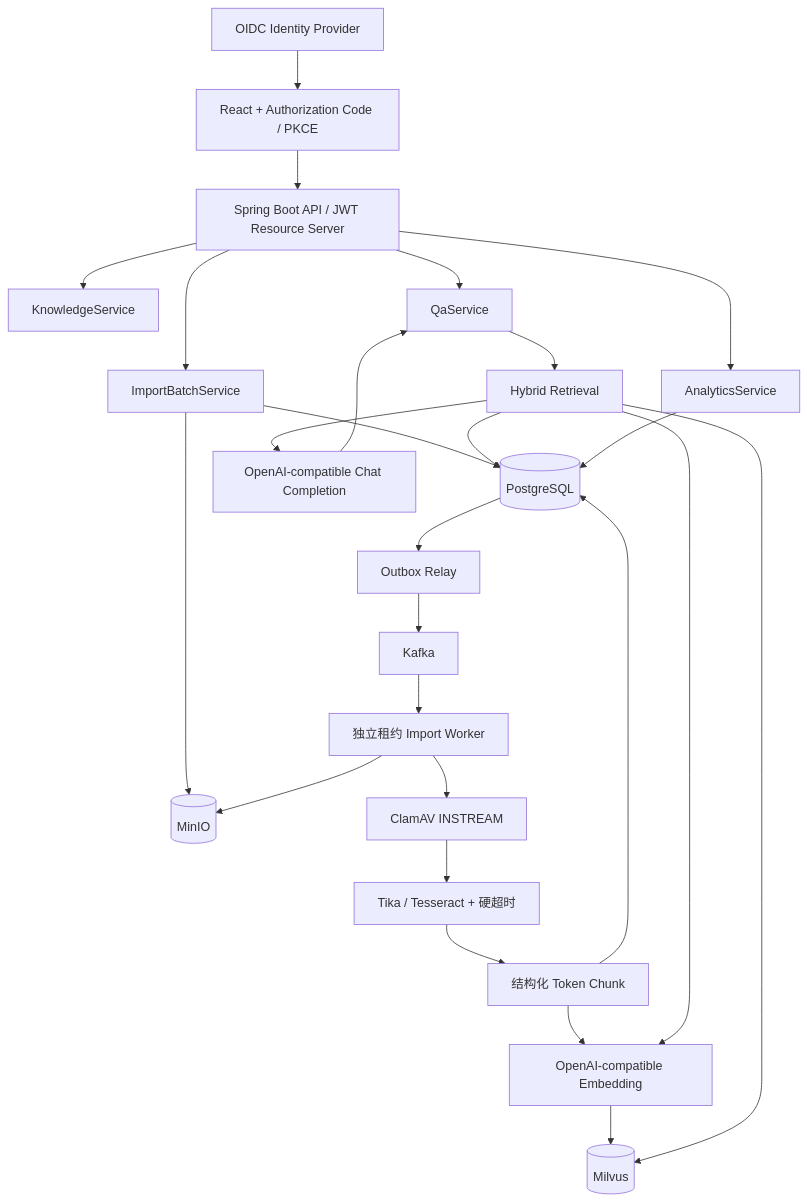
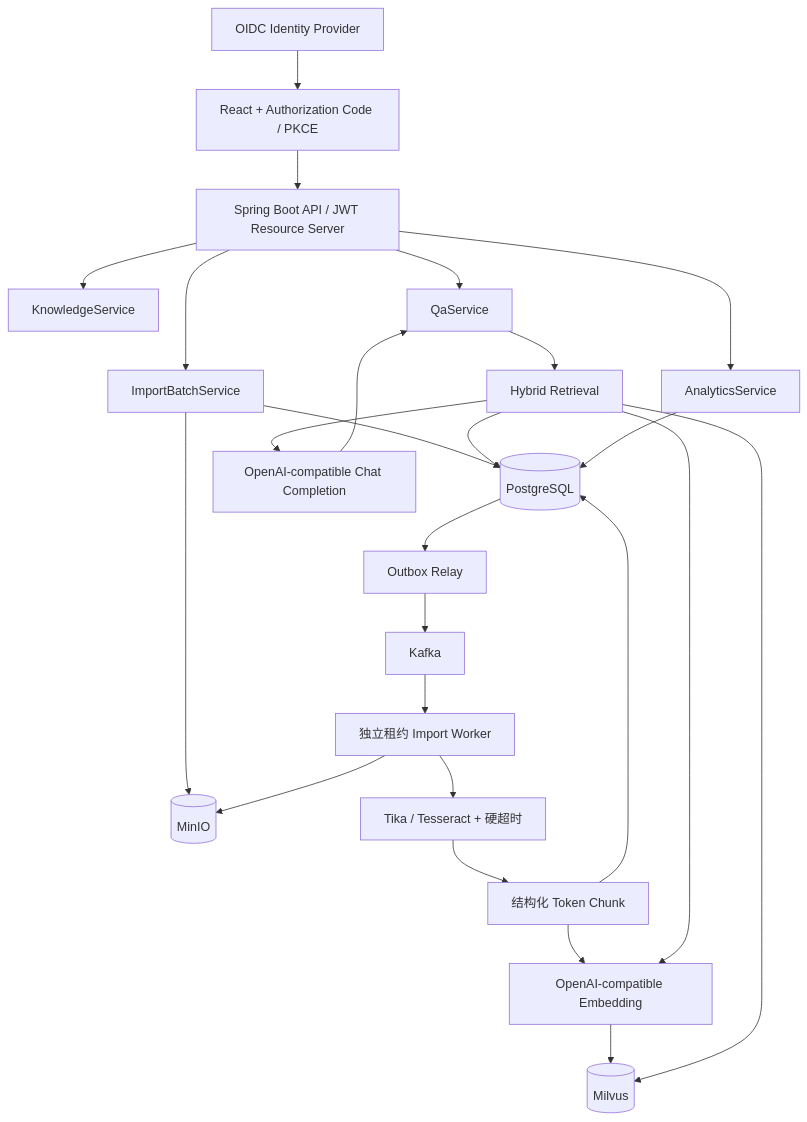
The first of 2 diagrams in docs/ARCHITECTURE.md (bingo-wz/MyRAG), drawn with Mermaid before and after one commit. The commit also changed other lines of this file and 24 other files, not shown here.

````diff
--- a/docs/ARCHITECTURE.md
+++ b/docs/ARCHITECTURE.md
@@ -5,30 +5,29 @@
 ```mermaid
 flowchart TB
     OIDC["OIDC Identity Provider"] --> UI["React + Authorization Code / PKCE"]
     UI --> API["Spring Boot API / JWT Resource Server"]
     API --> KM["KnowledgeService"]
     API --> IM["ImportBatchService"]
     API --> QA["QaService"]
     API --> AN["AnalyticsService"]
 
     IM --> MINIO[("MinIO")]
     IM --> PG[("PostgreSQL")]
     PG --> OUTBOX["Outbox Relay"]
     OUTBOX --> KAFKA["Kafka"]
     KAFKA --> LEASE["独立租约 Import Worker"]
     LEASE --> MINIO
-    LEASE --> AV["ClamAV INSTREAM"]
-    AV --> TIKA["Tika / Tesseract + 硬超时"]
+    LEASE --> TIKA["Tika / Tesseract + 硬超时"]
     TIKA --> CHUNK["结构化 Token Chunk"]
     CHUNK --> EMB["OpenAI-compatible Embedding"]
     EMB --> MILVUS[("Milvus")]
     CHUNK --> PG
 
     QA --> RET["Hybrid Retrieval"]
     RET --> EMB
     RET --> MILVUS
     RET --> PG
     RET --> LLM["OpenAI-compatible Chat Completion"]
     LLM --> QA
     AN --> PG
 ```
````
